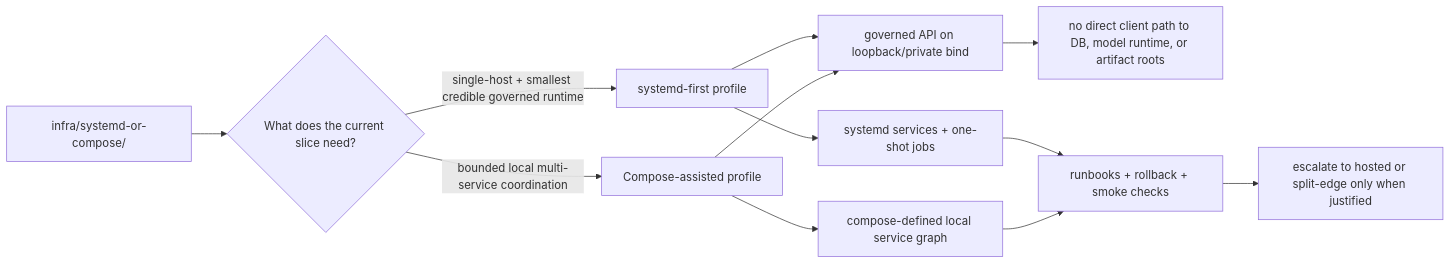
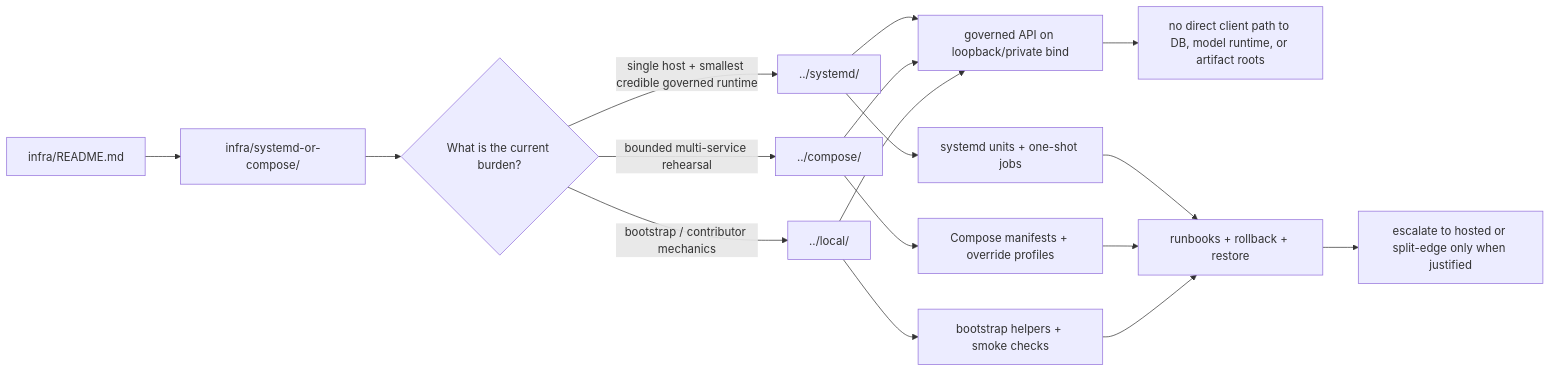
One commit to bartytime4life/Kansas-Frontier-Matrix changed the diagram in infra/systemd-or-compose/README.md. Above: the diagram before and after it, drawn with Mermaid. The commit also changed other lines of this file, not shown here.

First line of the commit message:
Revise README for systemd-or-compose directory

````diff
--- a/infra/systemd-or-compose/README.md
+++ b/infra/systemd-or-compose/README.md
@@ -309,19 +341,26 @@
 ```mermaid
 flowchart LR
-    A[infra/systemd-or-compose/] --> B{What does the current slice need?}
+    A[infra/README.md] --> B[infra/systemd-or-compose/]
 
-    B -->|single-host + smallest credible governed runtime| C[systemd-first profile]
-    B -->|bounded local multi-service coordination| D[Compose-assisted profile]
+    B --> C{What is the current burden?}
 
-    C --> E[governed API on loopback/private bind]
-    D --> E
+    C -->|single host + smallest credible governed runtime| D[../systemd/]
+    C -->|bounded multi-service rehearsal| E[../compose/]
+    C -->|bootstrap / contributor mechanics| F[../local/]
 
-    C --> F[systemd services + one-shot jobs]
-    D --> G[compose-defined local service graph]
+    D --> G[governed API on loopback/private bind]
+    E --> G
+    F --> G
 
-    E --> H[no direct client path to DB, model runtime, or artifact roots]
-    F --> I[runbooks + rollback + smoke checks]
-    G --> I
+    G --> H[no direct client path to DB, model runtime, or artifact roots]
 
-    I --> J[escalate to hosted or split-edge only when justified]
+    D --> I[systemd units + one-shot jobs]
+    E --> J[Compose manifests + override profiles]
+    F --> K[bootstrap helpers + smoke checks]
+
+    I --> L[runbooks + rollback + restore]
+    J --> L
+    K --> L
+
+    L --> M[escalate to hosted or split-edge only when justified]
 ```
````
